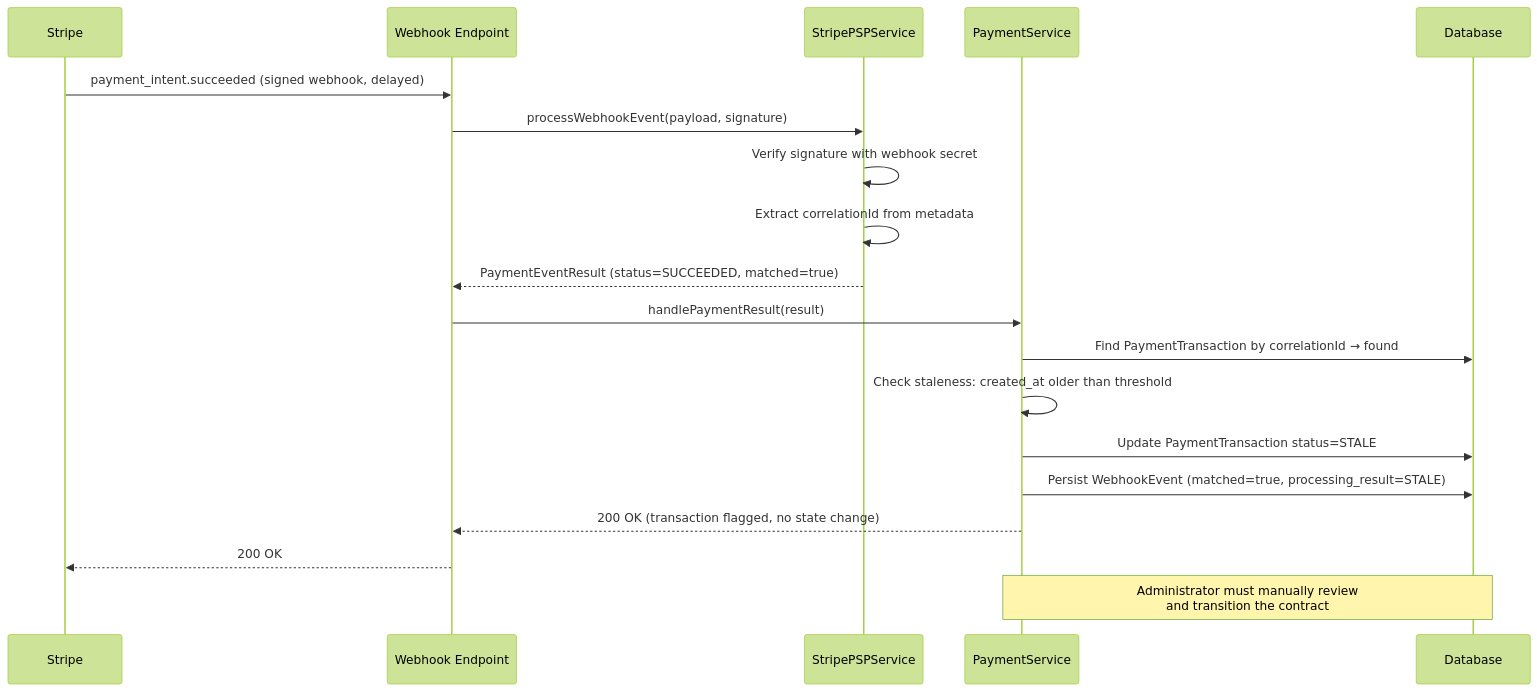
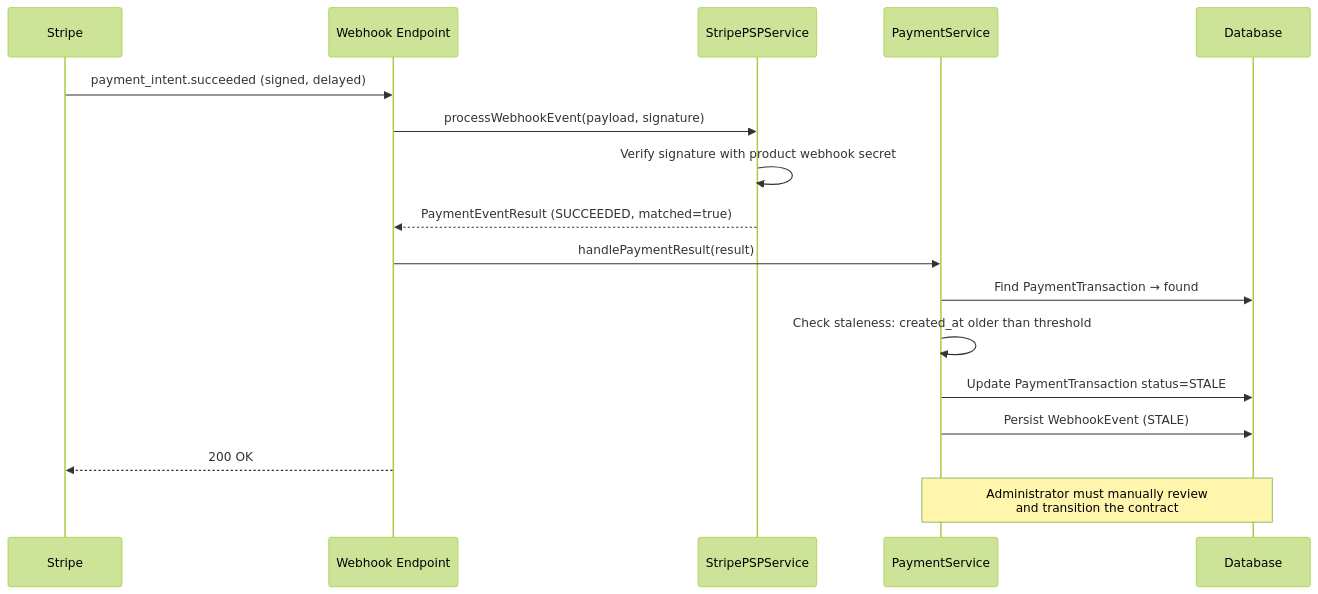
The sixth of 6 diagrams in docs/DESIGN_OF_PAYMENT.md (abstratium-dev/abstrapact), drawn with Mermaid (forest theme) before and after one commit. The commit also changed other lines of this file and 1 other file, not shown here.

Commit message:
getting read to implement payment

````diff
--- a/docs/DESIGN_OF_PAYMENT.md
+++ b/docs/DESIGN_OF_PAYMENT.md
@@ -879,22 +690,20 @@
 ```mermaid
 sequenceDiagram
     participant Stripe
     participant WH as Webhook Endpoint
     participant PSP as StripePSPService
     participant PS as PaymentService
     participant DB as Database
 
-    Stripe->>WH: payment_intent.succeeded (signed webhook, delayed)
+    Stripe->>WH: payment_intent.succeeded (signed, delayed)
     WH->>PSP: processWebhookEvent(payload, signature)
-    PSP->>PSP: Verify signature with webhook secret
-    PSP->>PSP: Extract correlationId from metadata
-    PSP-->>WH: PaymentEventResult (status=SUCCEEDED, matched=true)
+    PSP->>PSP: Verify signature with product webhook secret
+    PSP-->>WH: PaymentEventResult (SUCCEEDED, matched=true)
     WH->>PS: handlePaymentResult(result)
-    PS->>DB: Find PaymentTransaction by correlationId → found
+    PS->>DB: Find PaymentTransaction → found
     PS->>PS: Check staleness: created_at older than threshold
     PS->>DB: Update PaymentTransaction status=STALE
-    PS->>DB: Persist WebhookEvent (matched=true, processing_result=STALE)
-    PS-->>WH: 200 OK (transaction flagged, no state change)
+    PS->>DB: Persist WebhookEvent (STALE)
     WH-->>Stripe: 200 OK
     Note over PS,DB: Administrator must manually review<br/>and transition the contract
 ```
````
